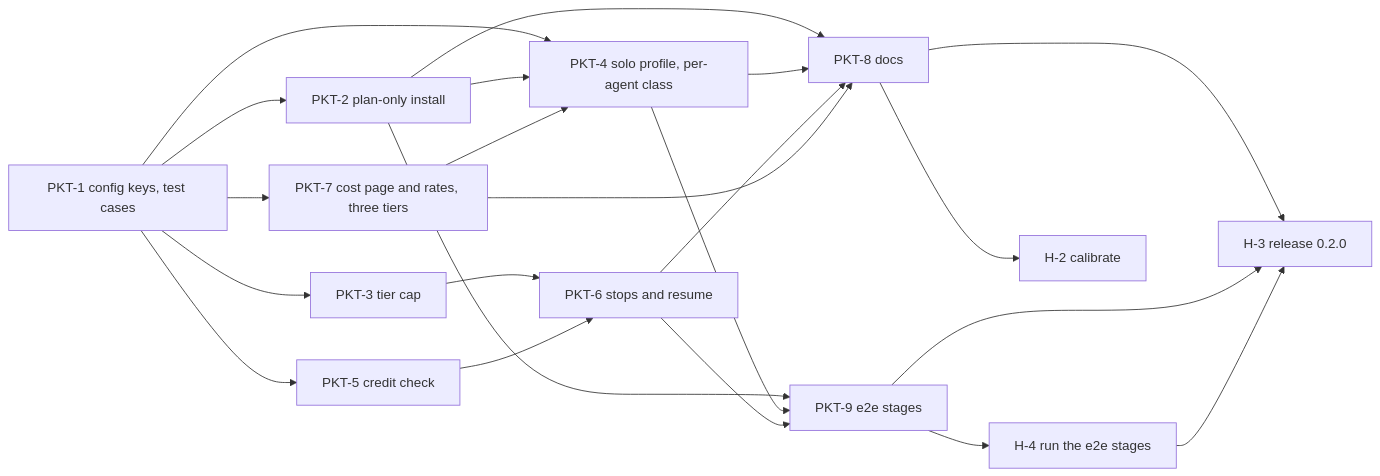
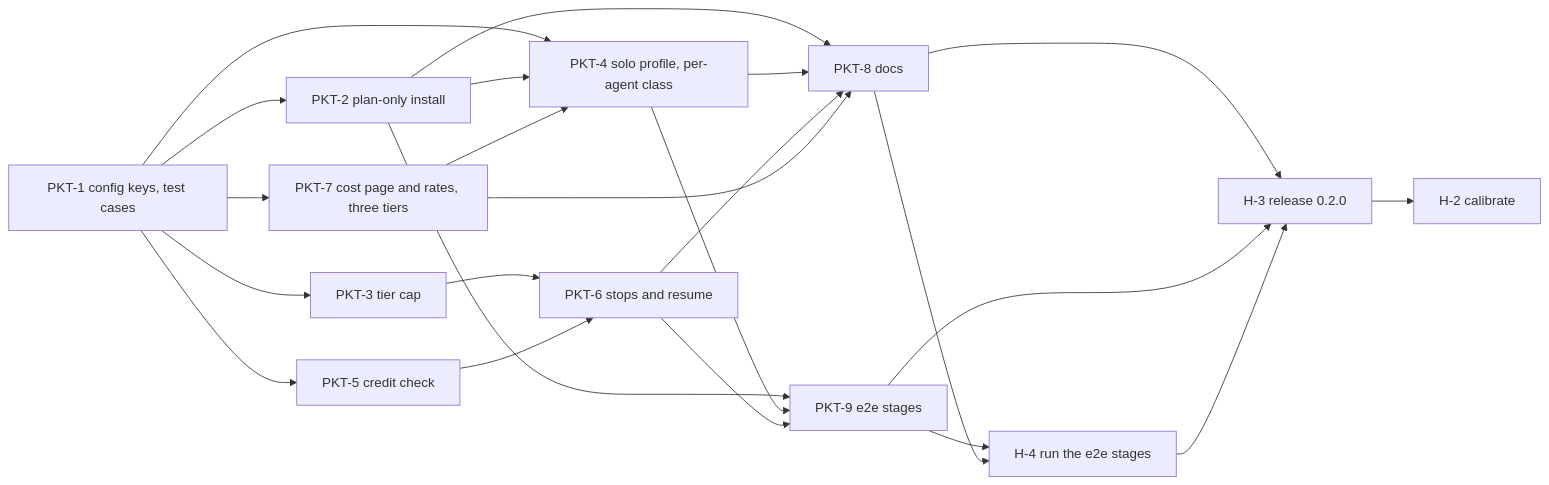
The diagram in docs/plan/solo-budget/plan.md (uoqbon/packets), drawn with Mermaid before and after one commit. The commit also changed other lines of this file and 13 other files, not shown here.

````diff
--- a/docs/plan/solo-budget/plan.md
+++ b/docs/plan/solo-budget/plan.md
@@ -63,24 +63,25 @@
 ```mermaid
 flowchart LR
   PKT1[PKT-1 config keys, test cases] --> PKT2[PKT-2 plan-only install]
   PKT1 --> PKT3[PKT-3 tier cap]
   PKT1 --> PKT5[PKT-5 credit check]
   PKT1 --> PKT7[PKT-7 cost page and rates, three tiers]
   PKT1 --> PKT4[PKT-4 solo profile, per-agent class]
   PKT2 --> PKT4
   PKT7 --> PKT4
   PKT3 --> PKT6[PKT-6 stops and resume]
   PKT5 --> PKT6
   PKT2 --> PKT8[PKT-8 docs]
   PKT4 --> PKT8
   PKT6 --> PKT8
   PKT7 --> PKT8
   PKT2 --> PKT9[PKT-9 e2e stages]
   PKT4 --> PKT9
   PKT6 --> PKT9
   PKT8 --> H3[H-3 release 0.2.0]
   PKT9 --> H3
   PKT9 --> H4[H-4 run the e2e stages]
+  PKT8 --> H4
   H4 --> H3
-  PKT8 --> H2[H-2 calibrate]
+  H3 --> H2[H-2 calibrate]
 ```
````
